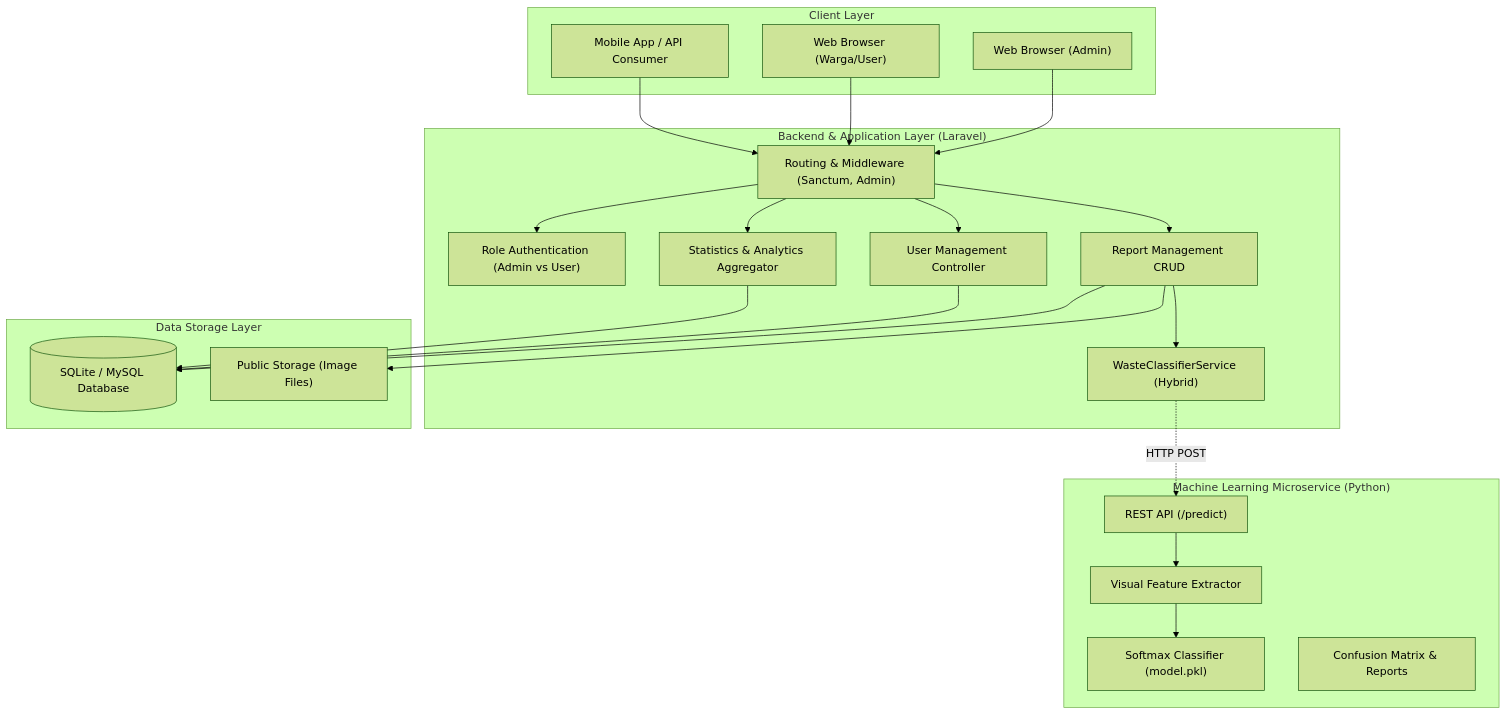
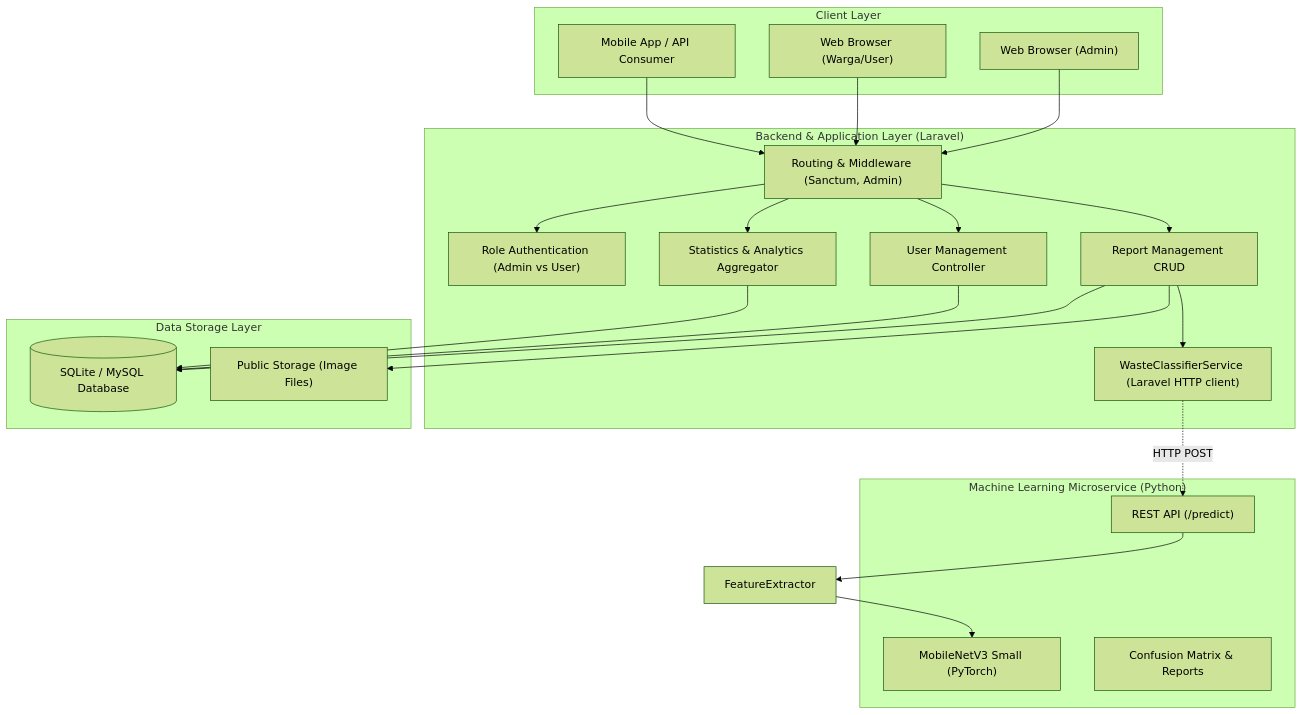
Before and after one commit to anhrxf/project-SWMS: the diagram in README.md, drawn with Mermaid (forest theme). The commit also changed other lines of this file and 392 other files, not shown here.

````diff
--- a/README.md
+++ b/README.md
@@ -30,47 +30,46 @@
 ```mermaid
 graph TD
     subgraph Client ["Client Layer"]
         WebAdmin["Web Browser (Admin)"]
         WebUser["Web Browser (Warga/User)"]
         MobileApp["Mobile App / API Consumer"]
     end
 
     subgraph Backend ["Backend & Application Layer (Laravel)"]
         Router["Routing & Middleware (Sanctum, Admin)"]
         AuthModule["Role Authentication (Admin vs User)"]
         ReportController["Report Management CRUD"]
         DashboardService["Statistics & Analytics Aggregator"]
         UserMgmt["User Management Controller"]
-        ClassifierService["WasteClassifierService (Hybrid)"]
+        ClassifierService["WasteClassifierService (Laravel HTTP client)"]
     end
 
     subgraph ML ["Machine Learning Microservice (Python)"]
         MLAPI["REST API (/predict)"]
-        FeatureExtractor["Visual Feature Extractor"]
-        Model["Softmax Classifier (model.pkl)"]
+        Model["MobileNetV3 Small (PyTorch)"]
         Heatmap["Confusion Matrix & Reports"]
     end
 
     subgraph Data ["Data Storage Layer"]
         DB[(SQLite / MySQL Database)]
         Storage["Public Storage (Image Files)"]
     end
 
     WebAdmin --> Router
     WebUser --> Router
     MobileApp --> Router
 
     Router --> AuthModule
     Router --> ReportController
     Router --> DashboardService
     Router --> UserMgmt
 
     ReportController --> ClassifierService
     ClassifierService -.->|HTTP POST| MLAPI
     MLAPI --> FeatureExtractor --> Model
 
     ReportController --> DB
     ReportController --> Storage
     UserMgmt --> DB
     DashboardService --> DB
 ```
````
